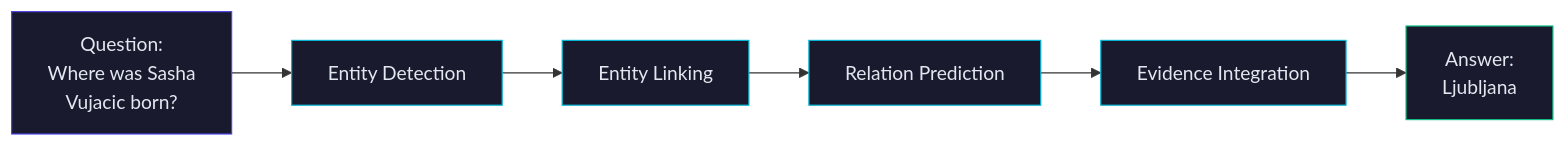
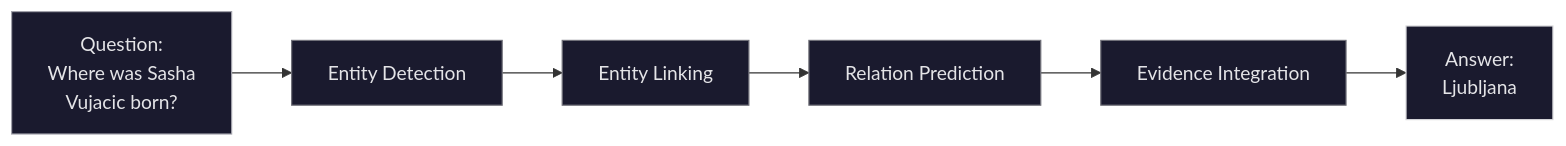
One commit to salman1993/slides changed the diagram in strong-baselines-simple-qa/slides.md. Above: the diagram before and after it, drawn with Mermaid. The commit also changed other lines of this file, not shown here.

````diff
--- a/strong-baselines-simple-qa/slides.md
+++ b/strong-baselines-simple-qa/slides.md
@@ -67,15 +67,15 @@
 ```mermaid
 graph LR
     Q["Question:<br/>Where was Sasha<br/>Vujacic born?"] --> ED[Entity Detection]
     ED --> EL[Entity Linking]
     EL --> RP[Relation Prediction]
     RP --> EI[Evidence Integration]
     EI --> A["Answer:<br/>Ljubljana"]
 
-    style Q fill:#1a1a2e,stroke:#4f46e5,color:#e2e8f0
-    style ED fill:#1a1a2e,stroke:#06b6d4,color:#e2e8f0
-    style EL fill:#1a1a2e,stroke:#06b6d4,color:#e2e8f0
-    style RP fill:#1a1a2e,stroke:#06b6d4,color:#e2e8f0
-    style EI fill:#1a1a2e,stroke:#06b6d4,color:#e2e8f0
-    style A fill:#1a1a2e,stroke:#10b981,color:#e2e8f0
+    style Q fill:#1a1a2e,stroke:#a1a1aa,color:#e4e4e7
+    style ED fill:#1a1a2e,stroke:#71717a,color:#e4e4e7
+    style EL fill:#1a1a2e,stroke:#71717a,color:#e4e4e7
+    style RP fill:#1a1a2e,stroke:#71717a,color:#e4e4e7
+    style EI fill:#1a1a2e,stroke:#71717a,color:#e4e4e7
+    style A fill:#1a1a2e,stroke:#d4d4d8,color:#e4e4e7
 ```
````
